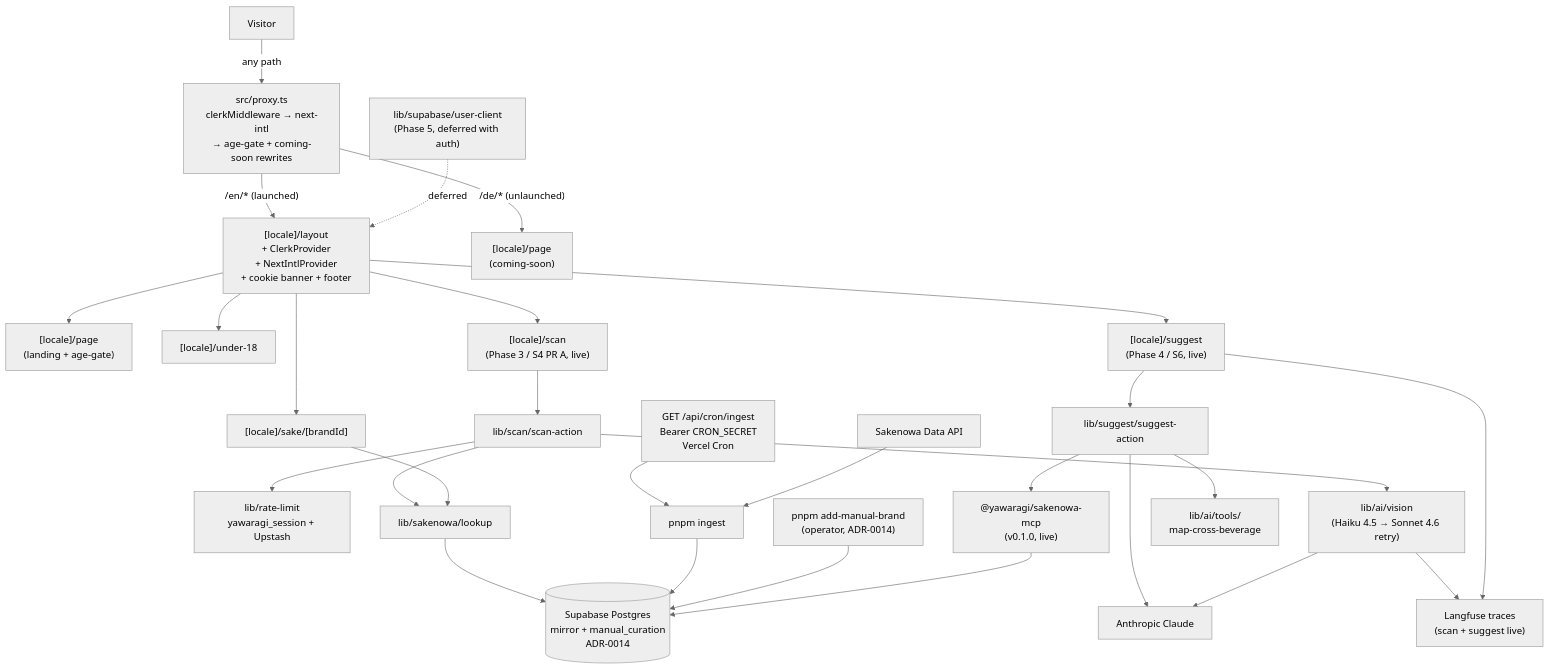
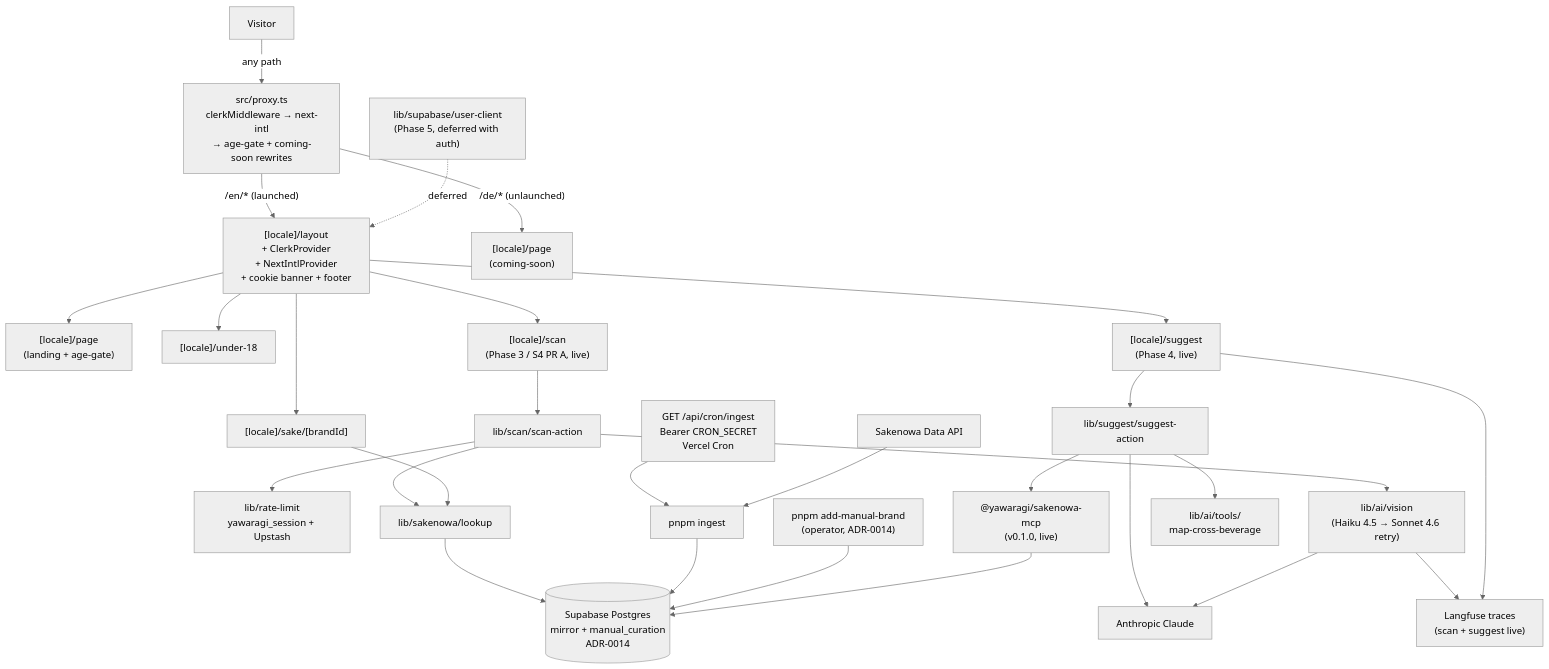
One commit to yawaragi-dev/yawaragi changed the diagram in README.md. Above: the diagram before and after it, drawn with Mermaid (neutral theme). The commit also changed other lines of this file and 9 other files, not shown here.

First line of the commit message:
feat(s7): evals/suggest-jp/ harness + Phase 4 phase-close (#145)

````diff
--- a/README.md
+++ b/README.md
@@ -37,30 +37,30 @@
 ```mermaid
 flowchart TD
   V[Visitor] -->|"any path"| P["src/proxy.ts<br/>clerkMiddleware → next-intl<br/>→ age-gate + coming-soon rewrites"]
   P -->|"/en/* (launched)"| LL["[locale]/layout<br/>+ ClerkProvider<br/>+ NextIntlProvider<br/>+ cookie banner + footer"]
   P -->|"/de/* (unlaunched)"| CS["[locale]/page<br/>(coming-soon)"]
   LL --> Landing["[locale]/page<br/>(landing + age-gate)"]
   LL --> Under18["[locale]/under-18"]
   LL --> Sake["[locale]/sake/[brandId]"]
   LL --> Scan["[locale]/scan<br/>(Phase 3 / S4 PR A, live)"]
   Scan --> ScanAction["lib/scan/scan-action"]
   ScanAction --> RateLimit["lib/rate-limit<br/>yawaragi_session + Upstash"]
   ScanAction --> Vision["lib/ai/vision<br/>(Haiku 4.5 → Sonnet 4.6 retry)"]
   ScanAction --> Lookup
   Sake --> Lookup["lib/sakenowa/lookup"]
   Lookup --> DB[("Supabase Postgres<br/>mirror + manual_curation<br/>ADR-0014")]
   Ingest["pnpm ingest"] --> DB
   Manual["pnpm add-manual-brand<br/>(operator, ADR-0014)"] --> DB
   CronRoute["GET /api/cron/ingest<br/>Bearer CRON_SECRET<br/>Vercel Cron"] --> Ingest
   Sakenowa["Sakenowa Data API"] --> Ingest
-  LL --> Suggest["[locale]/suggest<br/>(Phase 4 / S6, live)"]
+  LL --> Suggest["[locale]/suggest<br/>(Phase 4, live)"]
   Suggest --> SuggestAction["lib/suggest/suggest-action"]
   SuggestAction --> MCP["@yawaragi/sakenowa-mcp<br/>(v0.1.0, live)"]
   SuggestAction --> CrossBev["lib/ai/tools/<br/>map-cross-beverage"]
   SuggestAction --> Anthropic
   Vision --> Anthropic["Anthropic Claude"]
   MCP --> DB
   Vision --> Trace["Langfuse traces<br/>(scan + suggest live)"]
   Suggest --> Trace
   UC["lib/supabase/user-client<br/>(Phase 5, deferred with auth)"] -.->|"deferred"| LL
 ```
````
